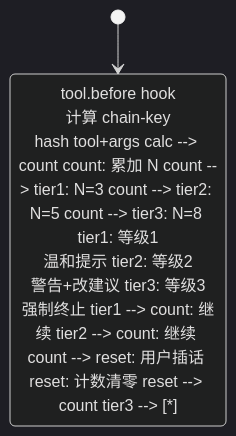
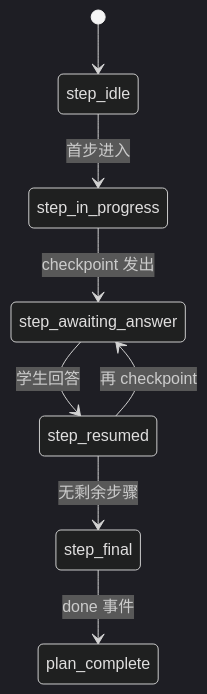
Diagram 13 of 26 in PAEG技术说明.md (Golden2002/PAEG), drawn with Mermaid before and after one commit. The commit also changed other lines of this file and 4 other files, not shown here.

````diff
--- a/PAEG技术说明.md
+++ b/PAEG技术说明.md
@@ -458,4 +415,11 @@
 ```mermaid
 %%{init: {'theme': 'dark'}}%%
-stateDiagram-v2 [*] --> calc calc: tool.before hook<br/>计算 chain-key<br/>hash tool+args calc --> count count: 累加 N count --> tier1: N=3 count --> tier2: N=5 count --> tier3: N=8 tier1: 等级1<br/>温和提示 tier2: 等级2<br/>警告+改建议 tier3: 等级3<br/>强制终止 tier1 --> count: 继续 tier2 --> count: 继续 count --> reset: 用户插话 reset: 计数清零 reset --> count tier3 --> [*]
+stateDiagram-v2
+    [*] --> step_idle
+    step_idle --> step_in_progress: 首步进入
+    step_in_progress --> step_awaiting_answer: checkpoint 发出
+    step_awaiting_answer --> step_resumed: 学生回答
+    step_resumed --> step_awaiting_answer: 再 checkpoint
+    step_resumed --> step_final: 无剩余步骤
+    step_final --> plan_complete: done 事件
 ```
````
